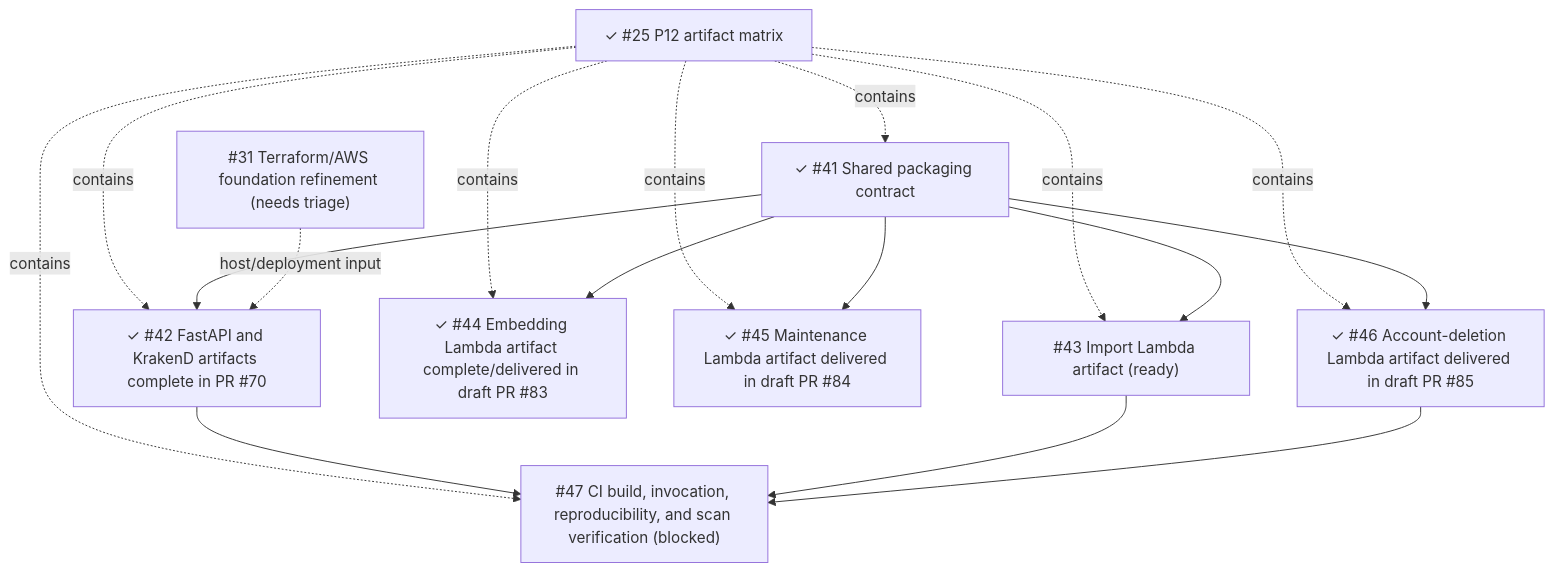
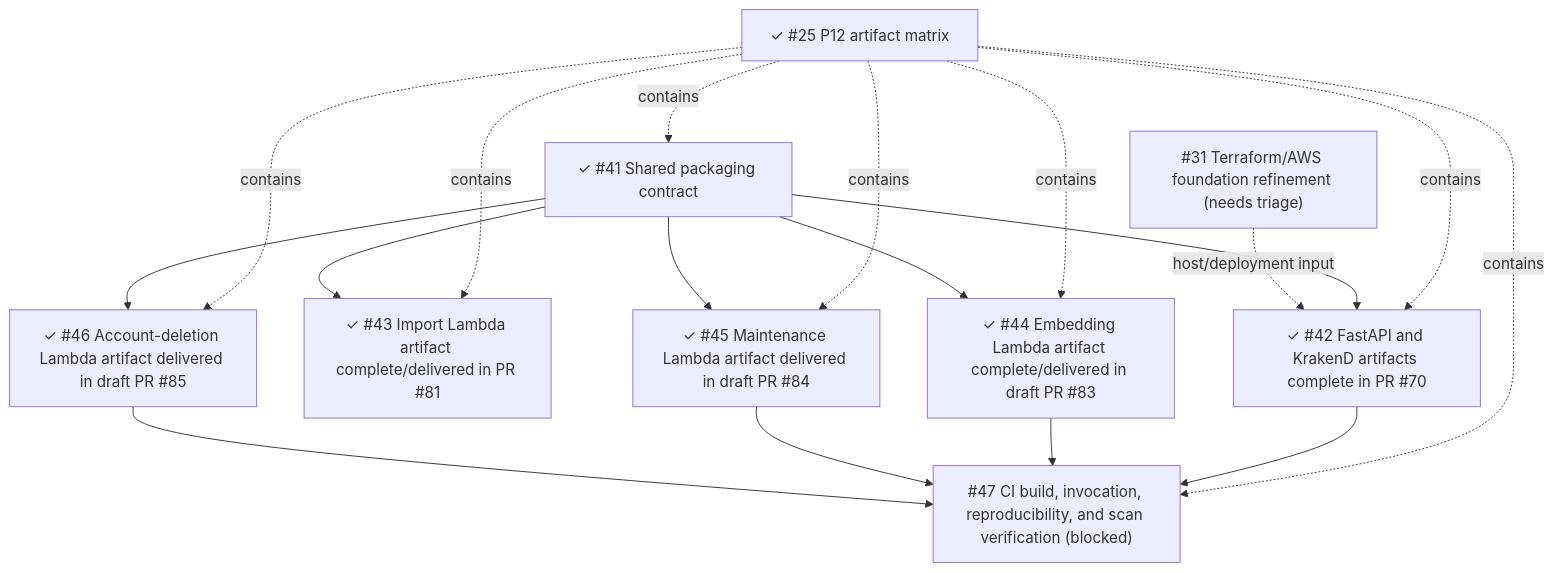
The diagram in docs/specs/2026-08-14-p12-production-artifact-matrix.md (starkovalera/recipe-manager), drawn with Mermaid before and after one commit. The commit also changed other lines of this file and 8 other files, not shown here.

First line of the commit message:
[DEV][INFRA] Build import Lambda production artifact (#81)

````diff
--- a/docs/specs/2026-08-14-p12-production-artifact-matrix.md
+++ b/docs/specs/2026-08-14-p12-production-artifact-matrix.md
@@ -256,32 +256,33 @@
 ```mermaid
 flowchart TD
   p25["✓ #25 P12 artifact matrix"]
   shared["✓ #41 Shared packaging contract"]
   api["✓ #42 FastAPI and KrakenD artifacts complete in PR #70"]
-  import["#43 Import Lambda artifact (ready)"]
+  import["✓ #43 Import Lambda artifact complete/delivered in PR #81"]
   embedding["✓ #44 Embedding Lambda artifact complete/delivered in draft PR #83"]
   maintenance["✓ #45 Maintenance Lambda artifact delivered in draft PR #84"]
   deletion["✓ #46 Account-deletion Lambda artifact delivered in draft PR #85"]
   ci["#47 CI build, invocation, reproducibility, and scan verification (blocked)"]
   infra["#31 Terraform/AWS foundation refinement (needs triage)"]
 
   p25 -. contains .-> shared
   p25 -. contains .-> api
   p25 -. contains .-> import
   p25 -. contains .-> embedding
   p25 -. contains .-> maintenance
   p25 -. contains .-> deletion
   p25 -. contains .-> ci
 
   shared --> api
   shared --> import
   shared --> embedding
   shared --> maintenance
   shared --> deletion
 
   api --> ci
-  import --> ci
+  embedding --> ci
+  maintenance --> ci
   deletion --> ci
 
   infra -. host/deployment input .-> api
 ```
````
